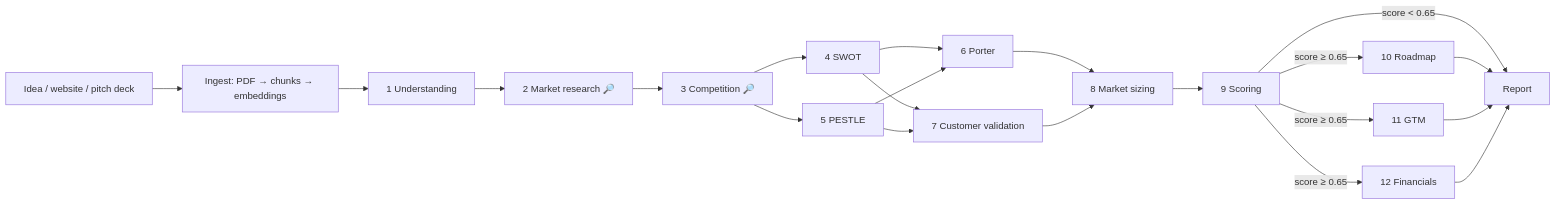
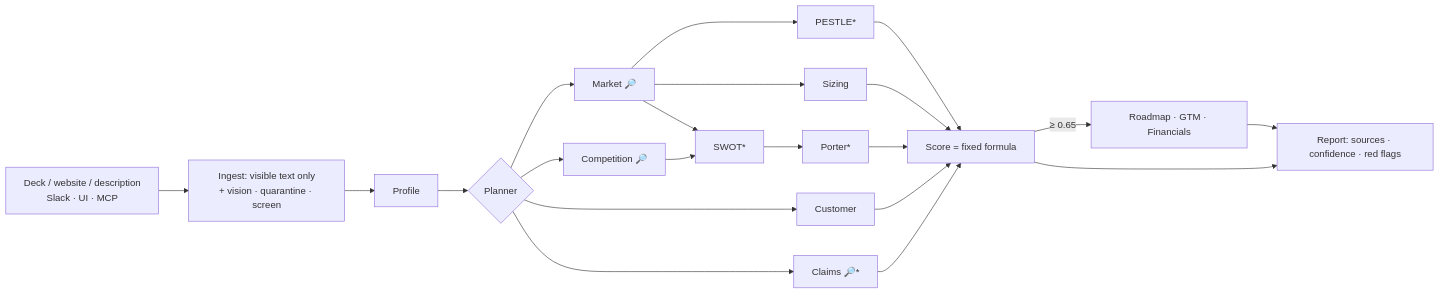
The diagram in README.md (AshmitCajla/VenturesLab), drawn with Mermaid before and after one commit. The commit also changed other lines of this file and 102 other files, not shown here.

````diff
--- a/README.md
+++ b/README.md
@@ -13,12 +56,12 @@
 ```mermaid
 flowchart LR
-    IN[Idea / website / pitch deck] --> ING[Ingest: PDF → chunks → embeddings]
-    ING --> A1[1 Understanding]
-    A1 --> A2[2 Market research 🔎] --> A3[3 Competition 🔎]
-    A3 --> A4[4 SWOT] & A5[5 PESTLE]
-    A4 & A5 --> A6[6 Porter] & A7[7 Customer validation]
-    A6 & A7 --> A8[8 Market sizing] --> A9[9 Scoring]
-    A9 -- score ≥ 0.65 --> A10[10 Roadmap] & A11[11 GTM] & A12[12 Financials]
-    A9 -- score < 0.65 --> END[Report]
-    A10 & A11 & A12 --> END
+    IN[Deck / website / description<br/>Slack · UI · MCP] --> ING[Ingest: visible text only<br/>+ vision · quarantine · screen]
+    ING --> A1[Profile] --> PL{Planner}
+    PL --> MR[Market 🔎] & CO[Competition 🔎] & CV[Customer] & CL[Claims 🔎*]
+    MR --> PE[PESTLE*] & MS[Sizing]
+    MR & CO --> SW[SWOT*] --> PO[Porter*]
+    MS & CV & PO & PE & CL --> SC[Score = fixed formula]
+    SC -- ≥ 0.65 --> B[Roadmap · GTM · Financials]
+    SC --> R[Report: sources · confidence · red flags]
+    B --> R
 ```
````
